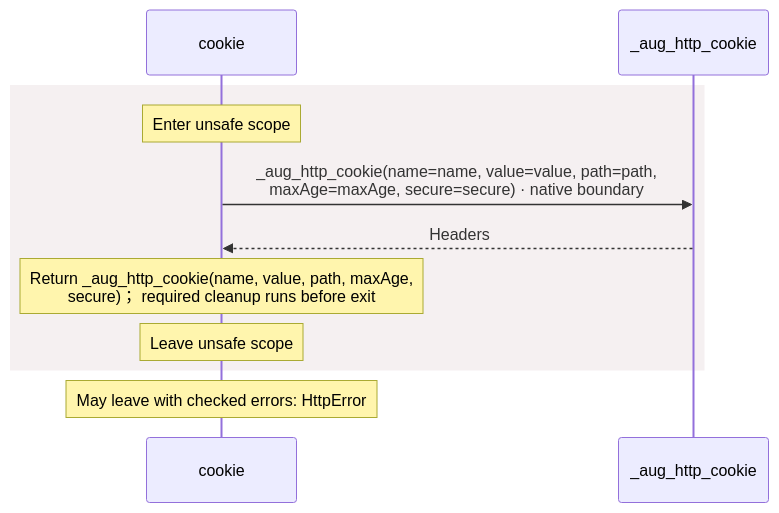
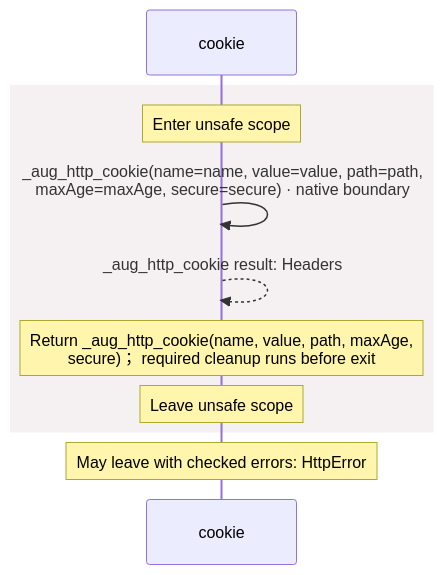
The sixth of 6 diagrams in docs/examples/oidc-login/dependencies/packages/@git/url_897efafd565158fc4908/0.0.0-git.a39fc582565d4fca40be4f75fa304d71adc69301/contracts-diagrams.md (GreenPandaStudios/augscript), drawn with Mermaid before and after one commit. The commit also changed other lines of this file and 304 other files, not shown here.

Commit message:
Make generated data-flow sequences concise and review every diagram

````diff
--- a/docs/examples/oidc-login/dependencies/packages/@git/url_897efafd565158fc4908/0.0.0-git.a39fc582565d4fca40be4f75fa304d71adc69301/contracts-diagrams.md
+++ b/docs/examples/oidc-login/dependencies/packages/@git/url_897efafd565158fc4908/0.0.0-git.a39fc582565d4fca40be4f75fa304d71adc69301/contracts-diagrams.md
@@ -233,13 +214,13 @@
 ```mermaid
 sequenceDiagram
     participant p0 as cookie
-    participant p1 as _aug_http_cookie
+
     rect rgb(245, 240, 241)
     Note over p0: Enter unsafe scope
-    p0->>p1: _aug_http_cookie(name=name, value=value, path=path,<br/>maxAge=maxAge, secure=secure) · native boundary
-    p1-->>p0: Headers
+    p0->>p0: _aug_http_cookie(name=name, value=value, path=path,<br/>maxAge=maxAge, secure=secure) · native boundary
+    p0-->>p0: _aug_http_cookie result: Headers
     Note over p0: Return _aug_http_cookie(name, value, path, maxAge,<br/>secure)； required cleanup runs before exit
     Note over p0: Leave unsafe scope
     end
     Note over p0: May leave with checked errors: HttpError
 ```
````
